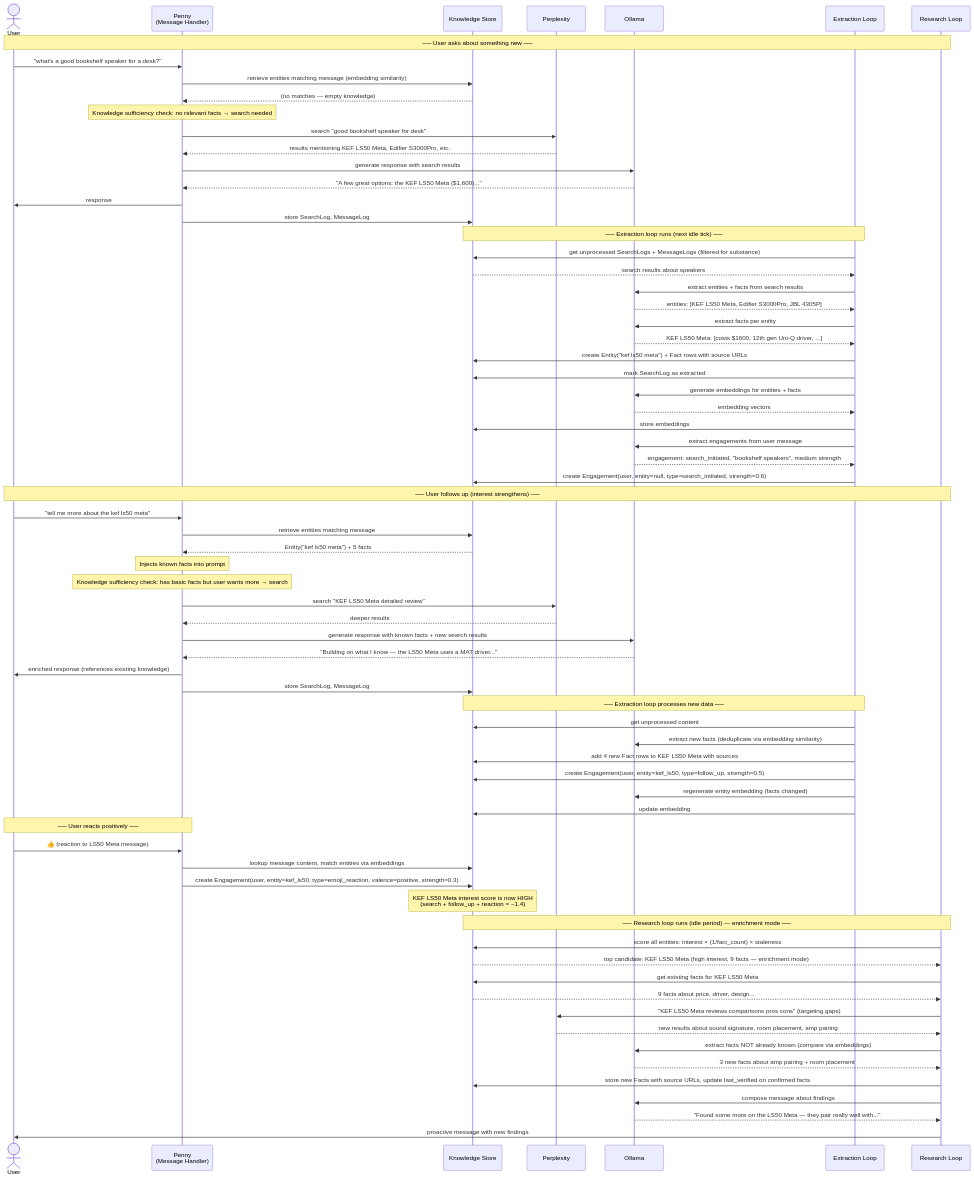
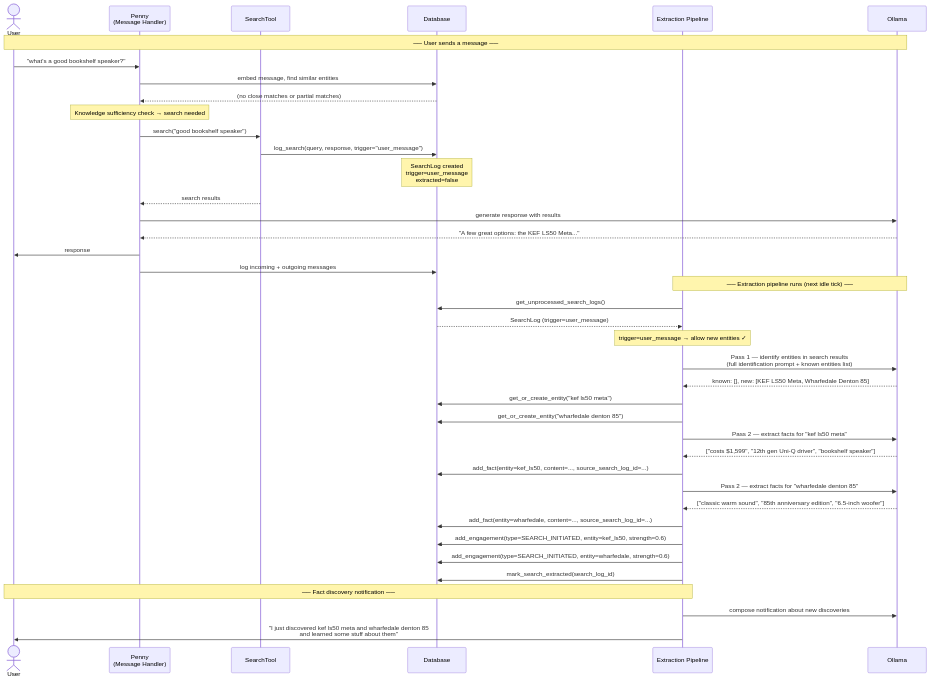
Before and after one commit to jaredlockhart/penny: the first of 8 diagrams in docs/knowledge-system-flows.md, drawn with Mermaid. The commit also changed other lines of this file and 1 other file, not shown here.

First line of the commit message:
docs: knowledge system v2 design and sequence diagrams

````diff
--- a/docs/knowledge-system-flows.md
+++ b/docs/knowledge-system-flows.md
@@ -8,85 +8,51 @@
 sequenceDiagram
     actor User
     participant Penny as Penny<br/>(Message Handler)
-    participant DB as Knowledge Store
-    participant Search as Perplexity
+    participant Search as SearchTool
+    participant DB as Database
+    participant Extract as Extraction Pipeline
     participant LLM as Ollama
-    participant Extract as Extraction Loop
-    participant Research as Research Loop
 
-    Note over User,Research: ── User asks about something new ──
+    Note over User,LLM: ── User sends a message ──
 
-    User->>Penny: "what's a good bookshelf speaker for a desk?"
-    Penny->>DB: retrieve entities matching message (embedding similarity)
-    DB-->>Penny: (no matches — empty knowledge)
-    Note over Penny: Knowledge sufficiency check: no relevant facts → search needed
-    Penny->>Search: search "good bookshelf speaker for desk"
-    Search-->>Penny: results mentioning KEF LS50 Meta, Edifier S3000Pro, etc.
-    Penny->>LLM: generate response with search results
-    LLM-->>Penny: "A few great options: the KEF LS50 Meta ($1,600)..."
+    User->>Penny: "what's a good bookshelf speaker?"
+    Penny->>DB: embed message, find similar entities
+    DB-->>Penny: (no close matches or partial matches)
+    Note over Penny: Knowledge sufficiency check → search needed
+    Penny->>Search: search("good bookshelf speaker")
+    Search->>DB: log_search(query, response, trigger="user_message")
+    Note over DB: SearchLog created<br/>trigger=user_message<br/>extracted=false
+    Search-->>Penny: search results
+    Penny->>LLM: generate response with results
+    LLM-->>Penny: "A few great options: the KEF LS50 Meta..."
     Penny->>User: response
-    Penny->>DB: store SearchLog, MessageLog
+    Penny->>DB: log incoming + outgoing messages
 
-    Note over Extract,DB: ── Extraction loop runs (next idle tick) ──
+    Note over Extract,LLM: ── Extraction pipeline runs (next idle tick) ──
 
-    Extract->>DB: get unprocessed SearchLogs + MessageLogs (filtered for substance)
-    DB-->>Extract: search results about speakers
-    Extract->>LLM: extract entities + facts from search results
-    LLM-->>Extract: entities: [KEF LS50 Meta, Edifier S3000Pro, JBL 4305P]
-    Extract->>LLM: extract facts per entity
-    LLM-->>Extract: KEF LS50 Meta: [costs $1600, 12th gen Uni-Q driver, ...]
-    Extract->>DB: create Entity("kef ls50 meta") + Fact rows with source URLs
-    Extract->>DB: mark SearchLog as extracted
-    Extract->>LLM: generate embeddings for entities + facts
-    LLM-->>Extract: embedding vectors
-    Extract->>DB: store embeddings
-    Extract->>LLM: extract engagements from user message
-    LLM-->>Extract: engagement: search_initiated, "bookshelf speakers", medium strength
-    Extract->>DB: create Engagement(user, entity=null, type=search_initiated, strength=0.6)
+    Extract->>DB: get_unprocessed_search_logs()
+    DB-->>Extract: SearchLog (trigger=user_message)
+    Note over Extract: trigger=user_message → allow new entities ✓
 
-    Note over User,Research: ── User follows up (interest strengthens) ──
+    Extract->>LLM: Pass 1 — identify entities in search results<br/>(full identification prompt + known entities list)
+    LLM-->>Extract: known: [], new: [KEF LS50 Meta, Wharfedale Denton 85]
+    Extract->>DB: get_or_create_entity("kef ls50 meta")
+    Extract->>DB: get_or_create_entity("wharfedale denton 85")
 
-    User->>Penny: "tell me more about the kef ls50 meta"
-    Penny->>DB: retrieve entities matching message
-    DB-->>Penny: Entity("kef ls50 meta") + 5 facts
-    Note over Penny: Injects known facts into prompt
-    Note over Penny: Knowledge sufficiency check: has basic facts but user wants more → search
-    Penny->>Search: search "KEF LS50 Meta detailed review"
-    Search-->>Penny: deeper results
-    Penny->>LLM: generate response with known facts + new search results
-    LLM-->>Penny: "Building on what I know — the LS50 Meta uses a MAT driver..."
-    Penny->>User: enriched response (references existing knowledge)
-    Penny->>DB: store SearchLog, MessageLog
+    Extract->>LLM: Pass 2 — extract facts for "kef ls50 meta"
+    LLM-->>Extract: ["costs $1,599", "12th gen Uni-Q driver", "bookshelf speaker"]
+    Extract->>DB: add_fact(entity=kef_ls50, content=..., source_search_log_id=...)
 
-    Note over Extract,DB: ── Extraction loop processes new data ──
+    Extract->>LLM: Pass 2 — extract facts for "wharfedale denton 85"
+    LLM-->>Extract: ["classic warm sound", "85th anniversary edition", "6.5-inch woofer"]
+    Extract->>DB: add_fact(entity=wharfedale, content=..., source_search_log_id=...)
 
-    Extract->>DB: get unprocessed content
-    Extract->>LLM: extract new facts (deduplicate via embedding similarity)
-    Extract->>DB: add 4 new Fact rows to KEF LS50 Meta with sources
-    Extract->>DB: create Engagement(user, entity=kef_ls50, type=follow_up, strength=0.5)
-    Extract->>LLM: regenerate entity embedding (facts changed)
-    Extract->>DB: update embedding
+    Extract->>DB: add_engagement(type=SEARCH_INITIATED, entity=kef_ls50, strength=0.6)
+    Extract->>DB: add_engagement(type=SEARCH_INITIATED, entity=wharfedale, strength=0.6)
+    Extract->>DB: mark_search_extracted(search_log_id)
 
-    Note over User,Penny: ── User reacts positively ──
+    Note over Extract,User: ── Fact discovery notification ──
 
-    User->>Penny: 👍 (reaction to LS50 Meta message)
-    Penny->>DB: lookup message content, match entities via embeddings
-    Penny->>DB: create Engagement(user, entity=kef_ls50, type=emoji_reaction, valence=positive, strength=0.3)
-
-    Note over DB: KEF LS50 Meta interest score is now HIGH<br/>(search + follow_up + reaction = ~1.4)
-
-    Note over Research,DB: ── Research loop runs (idle period) — enrichment mode ──
-
-    Research->>DB: score all entities: interest × (1/fact_count) × staleness
-    DB-->>Research: top candidate: KEF LS50 Meta (high interest, 9 facts — enrichment mode)
-    Research->>DB: get existing facts for KEF LS50 Meta
-    DB-->>Research: 9 facts about price, driver, design...
-    Research->>Search: "KEF LS50 Meta reviews comparisons pros cons" (targeting gaps)
-    Search-->>Research: new results about sound signature, room placement, amp pairing
-    Research->>LLM: extract facts NOT already known (compare via embeddings)
-    LLM-->>Research: 3 new facts about amp pairing + room placement
-    Research->>DB: store new Facts with source URLs, update last_verified on confirmed facts
-    Research->>LLM: compose message about findings
-    LLM-->>Research: "Found some more on the LS50 Meta — they pair really well with..."
-    Research->>User: proactive message with new findings
+    Extract->>LLM: compose notification about new discoveries
+    Extract->>User: "I just discovered kef ls50 meta and wharfedale denton 85<br/>and learned some stuff about them"
 ```
````
